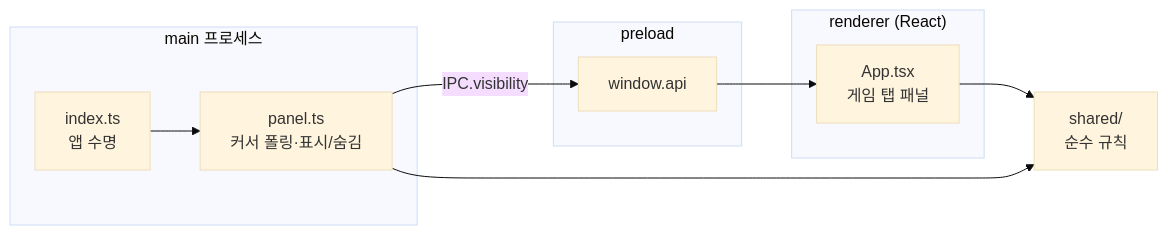
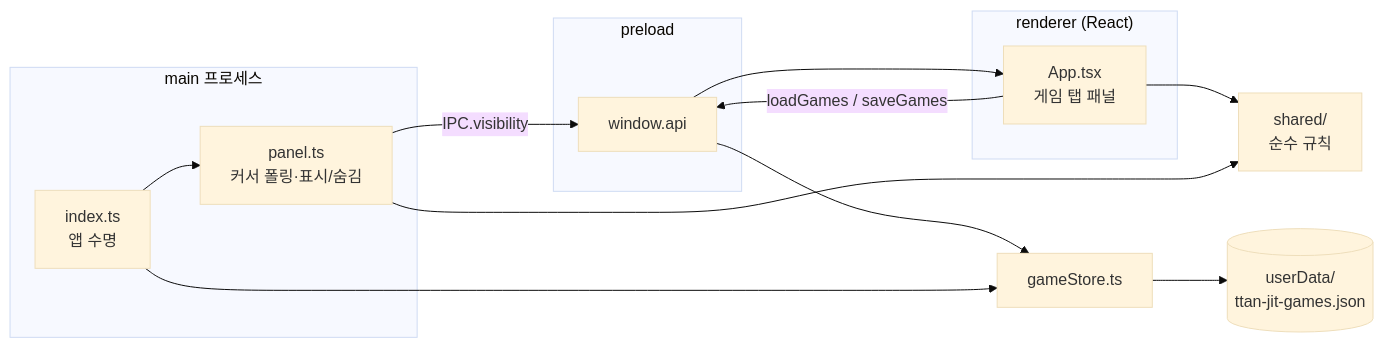
The diagram in apps/ttan-jit/ARCHITECTURE.md (JangAJang/jja-dal-si-ri), drawn with Mermaid (base theme) before and after one commit. The commit also changed other lines of this file and 18 other files, not shown here.

First line of the commit message:
feat(ttan-jit): 스도쿠 — 유일해 생성·메모·되돌리기·풀이 시간·저장 (#34)

````diff
--- a/apps/ttan-jit/ARCHITECTURE.md
+++ b/apps/ttan-jit/ARCHITECTURE.md
@@ -8,19 +8,22 @@
 ```mermaid
 flowchart LR
   subgraph main["main 프로세스"]
     life["index.ts<br/>앱 수명"]
     panel["panel.ts<br/>커서 폴링·표시/숨김"]
   end
   subgraph preload
     api["window.api"]
   end
   subgraph renderer["renderer (React)"]
     app["App.tsx<br/>게임 탭 패널"]
   end
   shared["shared/<br/>순수 규칙"]
+  file[("userData/<br/>ttan-jit-games.json")]
 
   life --> panel
   panel -- "IPC.visibility" --> api --> app
   app --> shared
   panel --> shared
+  app -- "loadGames / saveGames" --> api --> store["gameStore.ts"] --> file
+  life --> store
 ```
````
